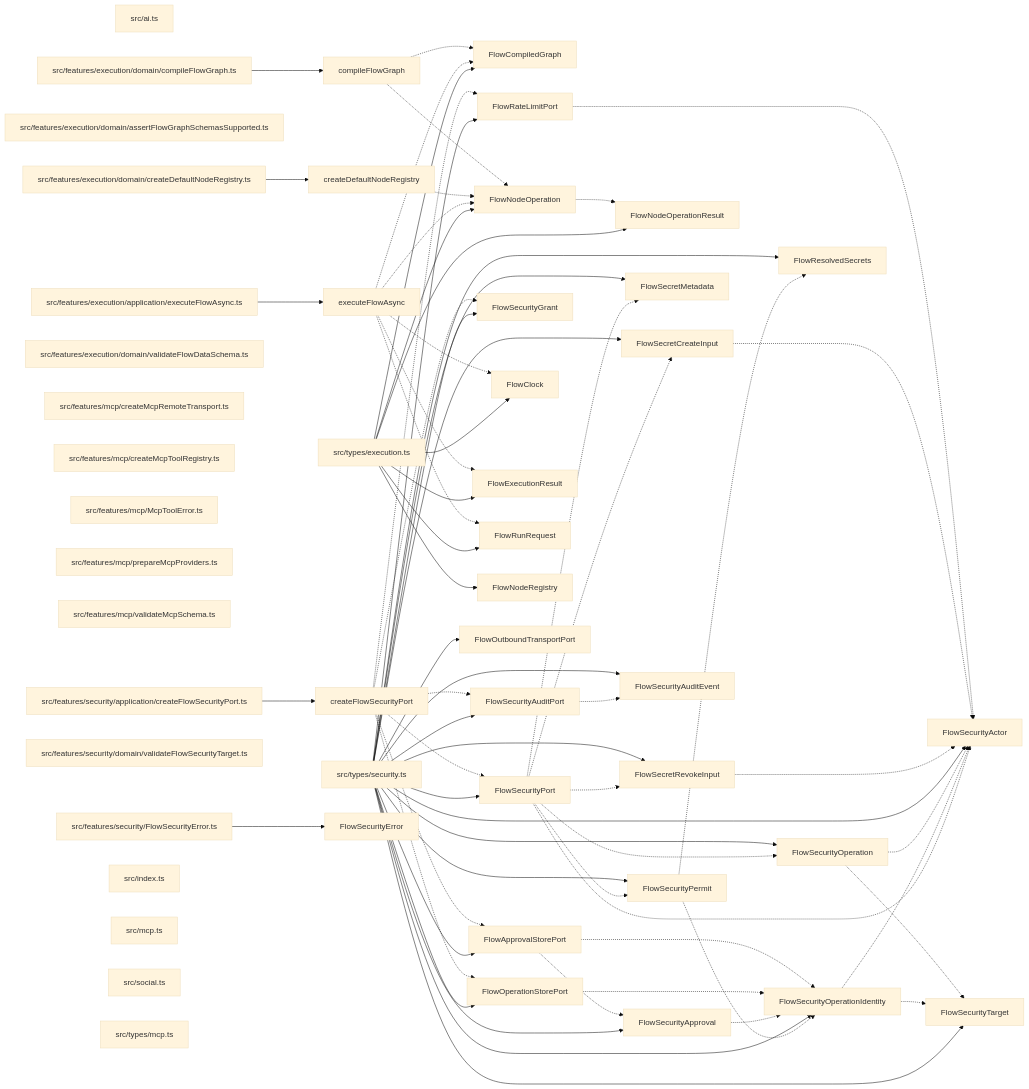
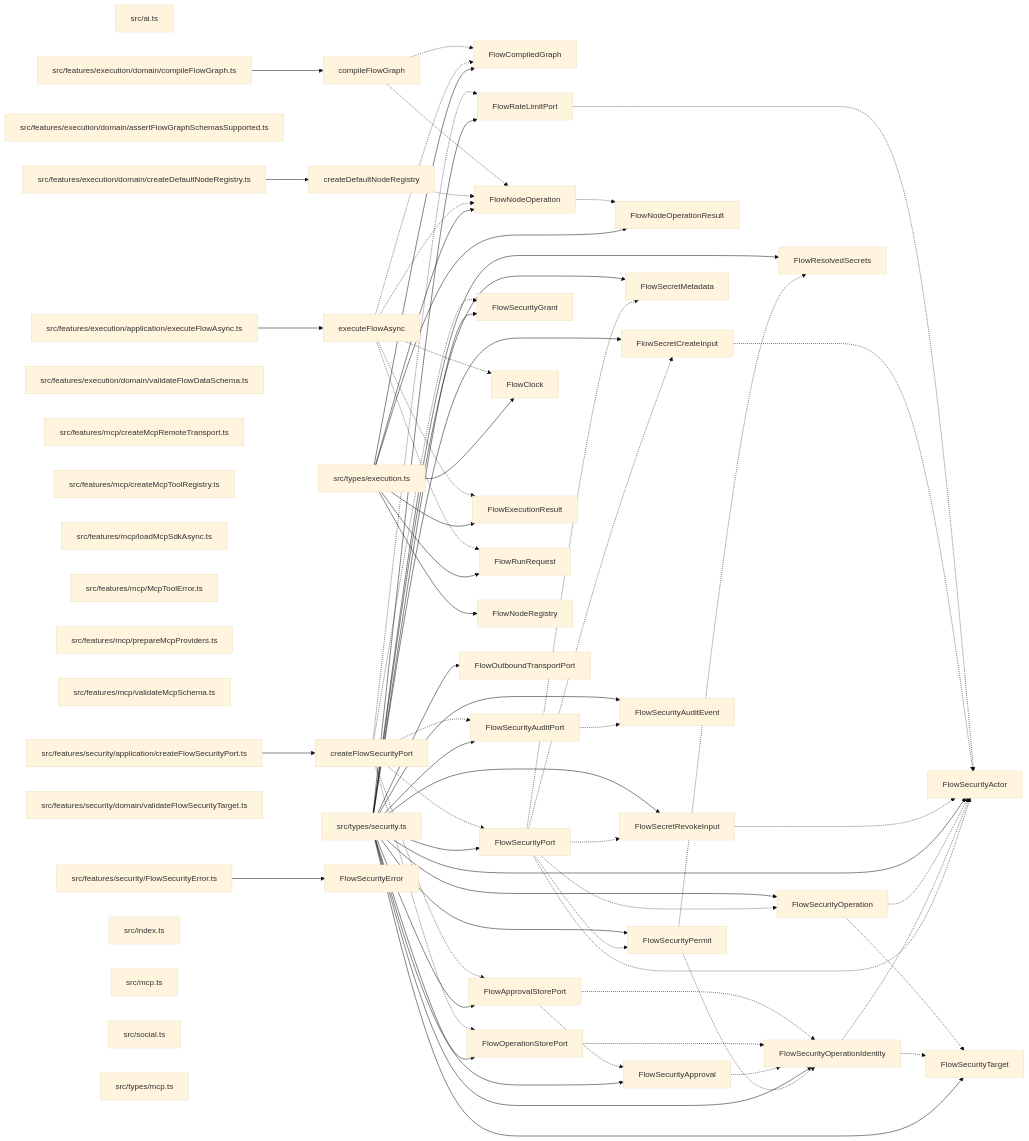
Before and after one commit to ankhorage/flow: the diagram in paradox/diagrams/export-graph.mmd, drawn with Mermaid (base theme). The commit also changed 9 other files, not shown here.

```diff
--- a/paradox/diagrams/export-graph.mmd
+++ b/paradox/diagrams/export-graph.mmd
@@ -1,116 +1,117 @@
 graph LR
   module_src_ai_ts["src/ai.ts"]
   module_src_features_execution_application_executeFlowAsync_ts["src/features/execution/application/executeFlowAsync.ts"]
   module_src_features_execution_domain_assertFlowGraphSchemasSupported_ts["src/features/execution/domain/assertFlowGraphSchemasSupported.ts"]
   module_src_features_execution_domain_compileFlowGraph_ts["src/features/execution/domain/compileFlowGraph.ts"]
   module_src_features_execution_domain_createDefaultNodeRegistry_ts["src/features/execution/domain/createDefaultNodeRegistry.ts"]
   module_src_features_execution_domain_validateFlowDataSchema_ts["src/features/execution/domain/validateFlowDataSchema.ts"]
   module_src_features_mcp_createMcpRemoteTransport_ts["src/features/mcp/createMcpRemoteTransport.ts"]
   module_src_features_mcp_createMcpToolRegistry_ts["src/features/mcp/createMcpToolRegistry.ts"]
+  module_src_features_mcp_loadMcpSdkAsync_ts["src/features/mcp/loadMcpSdkAsync.ts"]
   module_src_features_mcp_McpToolError_ts["src/features/mcp/McpToolError.ts"]
   module_src_features_mcp_prepareMcpProviders_ts["src/features/mcp/prepareMcpProviders.ts"]
   module_src_features_mcp_validateMcpSchema_ts["src/features/mcp/validateMcpSchema.ts"]
   module_src_features_security_application_createFlowSecurityPort_ts["src/features/security/application/createFlowSecurityPort.ts"]
   module_src_features_security_domain_validateFlowSecurityTarget_ts["src/features/security/domain/validateFlowSecurityTarget.ts"]
   module_src_features_security_FlowSecurityError_ts["src/features/security/FlowSecurityError.ts"]
   module_src_index_ts["src/index.ts"]
   module_src_mcp_ts["src/mcp.ts"]
   module_src_social_ts["src/social.ts"]
   module_src_types_execution_ts["src/types/execution.ts"]
   module_src_types_mcp_ts["src/types/mcp.ts"]
   module_src_types_security_ts["src/types/security.ts"]
   export_compileFlowGraph["compileFlowGraph"]
   module_src_features_execution_domain_compileFlowGraph_ts --> export_compileFlowGraph
   export_compileFlowGraph -.-> export_FlowCompiledGraph
   export_compileFlowGraph -.-> export_FlowNodeOperation
   export_createDefaultNodeRegistry["createDefaultNodeRegistry"]
   module_src_features_execution_domain_createDefaultNodeRegistry_ts --> export_createDefaultNodeRegistry
   export_createDefaultNodeRegistry -.-> export_FlowNodeOperation
   export_createFlowSecurityPort["createFlowSecurityPort"]
   module_src_features_security_application_createFlowSecurityPort_ts --> export_createFlowSecurityPort
   export_createFlowSecurityPort -.-> export_FlowApprovalStorePort
   export_createFlowSecurityPort -.-> export_FlowOperationStorePort
   export_createFlowSecurityPort -.-> export_FlowRateLimitPort
   export_createFlowSecurityPort -.-> export_FlowSecurityAuditPort
   export_createFlowSecurityPort -.-> export_FlowSecurityGrant
   export_createFlowSecurityPort -.-> export_FlowSecurityPort
   export_executeFlowAsync["executeFlowAsync"]
   module_src_features_execution_application_executeFlowAsync_ts --> export_executeFlowAsync
   export_executeFlowAsync -.-> export_FlowClock
   export_executeFlowAsync -.-> export_FlowCompiledGraph
   export_executeFlowAsync -.-> export_FlowExecutionResult
   export_executeFlowAsync -.-> export_FlowNodeOperation
   export_executeFlowAsync -.-> export_FlowRunRequest
   export_FlowApprovalStorePort["FlowApprovalStorePort"]
   module_src_types_security_ts --> export_FlowApprovalStorePort
   export_FlowApprovalStorePort -.-> export_FlowSecurityApproval
   export_FlowApprovalStorePort -.-> export_FlowSecurityOperationIdentity
   export_FlowClock["FlowClock"]
   module_src_types_execution_ts --> export_FlowClock
   export_FlowCompiledGraph["FlowCompiledGraph"]
   module_src_types_execution_ts --> export_FlowCompiledGraph
   export_FlowExecutionResult["FlowExecutionResult"]
   module_src_types_execution_ts --> export_FlowExecutionResult
   export_FlowNodeOperation["FlowNodeOperation"]
   module_src_types_execution_ts --> export_FlowNodeOperation
   export_FlowNodeOperation -.-> export_FlowNodeOperationResult
   export_FlowNodeOperationResult["FlowNodeOperationResult"]
   module_src_types_execution_ts --> export_FlowNodeOperationResult
   export_FlowNodeRegistry["FlowNodeRegistry"]
   module_src_types_execution_ts --> export_FlowNodeRegistry
   export_FlowOperationStorePort["FlowOperationStorePort"]
   module_src_types_security_ts --> export_FlowOperationStorePort
   export_FlowOperationStorePort -.-> export_FlowSecurityOperationIdentity
   export_FlowOutboundTransportPort["FlowOutboundTransportPort"]
   module_src_types_security_ts --> export_FlowOutboundTransportPort
   export_FlowRateLimitPort["FlowRateLimitPort"]
   module_src_types_security_ts --> export_FlowRateLimitPort
   export_FlowRateLimitPort -.-> export_FlowSecurityActor
   export_FlowResolvedSecrets["FlowResolvedSecrets"]
   module_src_types_security_ts --> export_FlowResolvedSecrets
   export_FlowRunRequest["FlowRunRequest"]
   module_src_types_execution_ts --> export_FlowRunRequest
   export_FlowSecretCreateInput["FlowSecretCreateInput"]
   module_src_types_security_ts --> export_FlowSecretCreateInput
   export_FlowSecretCreateInput -.-> export_FlowSecurityActor
   export_FlowSecretMetadata["FlowSecretMetadata"]
   module_src_types_security_ts --> export_FlowSecretMetadata
   export_FlowSecretRevokeInput["FlowSecretRevokeInput"]
   module_src_types_security_ts --> export_FlowSecretRevokeInput
   export_FlowSecretRevokeInput -.-> export_FlowSecurityActor
   export_FlowSecurityActor["FlowSecurityActor"]
   module_src_types_security_ts --> export_FlowSecurityActor
   export_FlowSecurityApproval["FlowSecurityApproval"]
   module_src_types_security_ts --> export_FlowSecurityApproval
   export_FlowSecurityApproval -.-> export_FlowSecurityOperationIdentity
   export_FlowSecurityAuditEvent["FlowSecurityAuditEvent"]
   module_src_types_security_ts --> export_FlowSecurityAuditEvent
   export_FlowSecurityAuditPort["FlowSecurityAuditPort"]
   module_src_types_security_ts --> export_FlowSecurityAuditPort
   export_FlowSecurityAuditPort -.-> export_FlowSecurityAuditEvent
   export_FlowSecurityError["FlowSecurityError"]
   module_src_features_security_FlowSecurityError_ts --> export_FlowSecurityError
   export_FlowSecurityGrant["FlowSecurityGrant"]
   module_src_types_security_ts --> export_FlowSecurityGrant
   export_FlowSecurityOperation["FlowSecurityOperation"]
   module_src_types_security_ts --> export_FlowSecurityOperation
   export_FlowSecurityOperation -.-> export_FlowSecurityActor
   export_FlowSecurityOperation -.-> export_FlowSecurityTarget
   export_FlowSecurityOperationIdentity["FlowSecurityOperationIdentity"]
   module_src_types_security_ts --> export_FlowSecurityOperationIdentity
   export_FlowSecurityOperationIdentity -.-> export_FlowSecurityActor
   export_FlowSecurityOperationIdentity -.-> export_FlowSecurityTarget
   export_FlowSecurityPermit["FlowSecurityPermit"]
   module_src_types_security_ts --> export_FlowSecurityPermit
   export_FlowSecurityPermit -.-> export_FlowResolvedSecrets
   export_FlowSecurityPermit -.-> export_FlowSecurityOperationIdentity
   export_FlowSecurityPort["FlowSecurityPort"]
   module_src_types_security_ts --> export_FlowSecurityPort
   export_FlowSecurityPort -.-> export_FlowSecretCreateInput
   export_FlowSecurityPort -.-> export_FlowSecretMetadata
   export_FlowSecurityPort -.-> export_FlowSecretRevokeInput
   export_FlowSecurityPort -.-> export_FlowSecurityActor
   export_FlowSecurityPort -.-> export_FlowSecurityOperation
   export_FlowSecurityPort -.-> export_FlowSecurityPermit
   export_FlowSecurityTarget["FlowSecurityTarget"]
   module_src_types_security_ts --> export_FlowSecurityTarget
```
